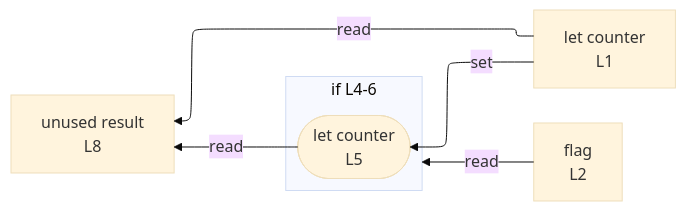
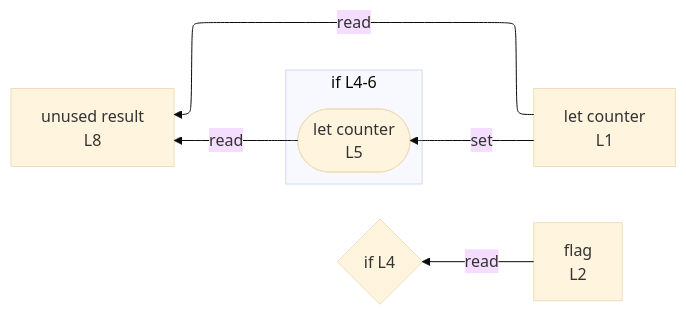
Before and after one commit to crescware/unsnarl: the diagram in integration/fixtures/control-if-only/preview.md, drawn with Mermaid (base theme). The commit also changed 42 other files, not shown here.

````diff
--- a/integration/fixtures/control-if-only/preview.md
+++ b/integration/fixtures/control-if-only/preview.md
@@ -18,15 +18,16 @@
 ```mermaid
 %%{init: {"flowchart": {"defaultRenderer": "elk"}}}%%
 flowchart RL
   n_scope_0_counter_4["let counter<br/>L1"]
   n_scope_0_flag_23["flag<br/>L2"]
   n_scope_0_result_73["unused result<br/>L8"]
+  if_test_scope_0_37{"if L4"}
   subgraph s_scope_1["if L4-6"]
     direction RL
     wr_ref_1(["let counter<br/>L5"])
   end
   n_scope_0_counter_4 -->|set| wr_ref_1
-  n_scope_0_flag_23 -->|read| s_scope_1
+  n_scope_0_flag_23 -->|read| if_test_scope_0_37
   wr_ref_1 -->|read| n_scope_0_result_73
   n_scope_0_counter_4 -->|read| n_scope_0_result_73
 ```
````
